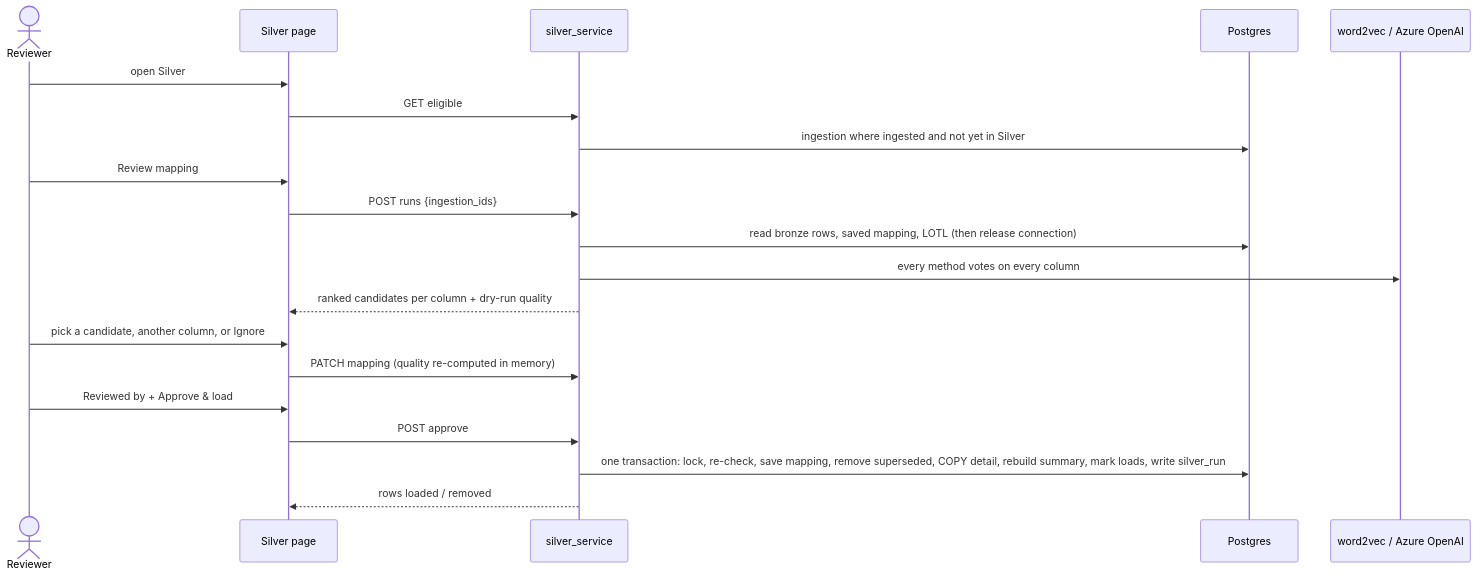
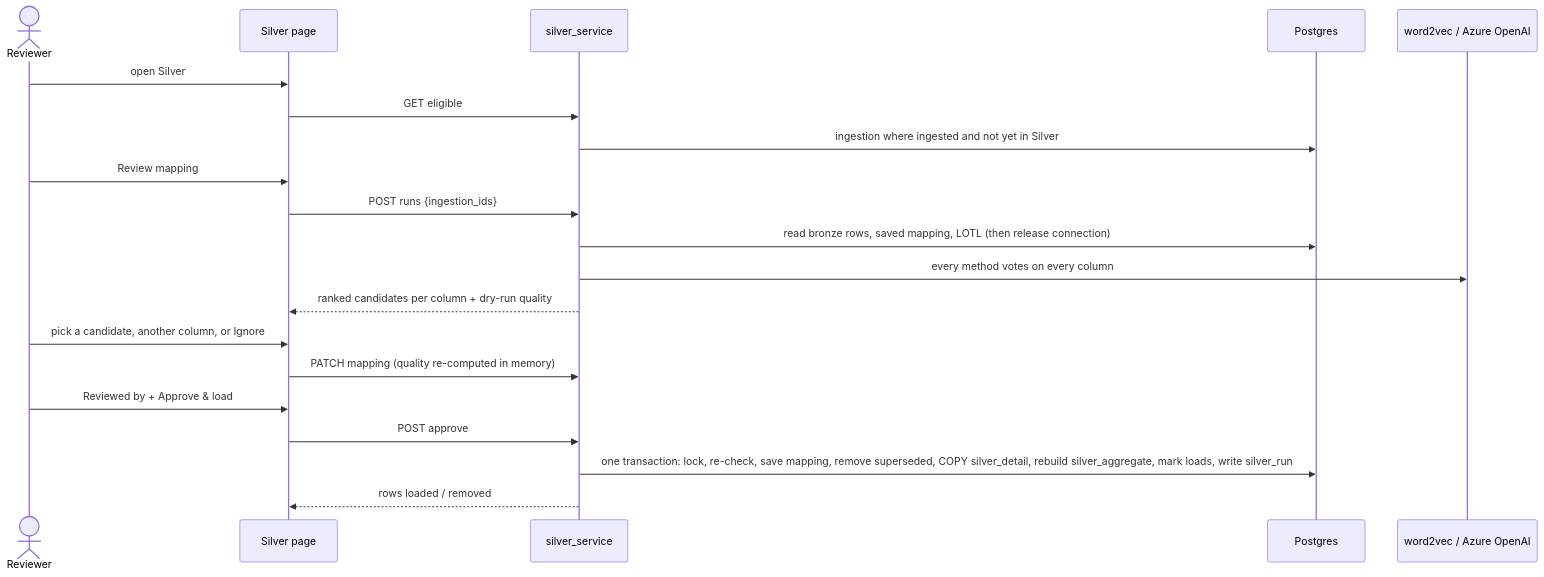
The second of 2 diagrams in enhancements/BRONZE_TO_SILVER.md (rahul-neogi-exavalu/Dirty_excel_cleaner), drawn with Mermaid before and after one commit. The commit also changed other lines of this file and 44 other files, not shown here.

Commit message:
schema related changes ongoing

````diff
--- a/enhancements/BRONZE_TO_SILVER.md
+++ b/enhancements/BRONZE_TO_SILVER.md
@@ -167,22 +169,22 @@
 ```mermaid
 sequenceDiagram
     actor Reviewer
     participant UI as Silver page
     participant S as silver_service
     participant DB as Postgres
     participant AI as word2vec / Azure OpenAI
     Reviewer->>UI: open Silver
     UI->>S: GET eligible
     S->>DB: ingestion where ingested and not yet in Silver
     Reviewer->>UI: Review mapping
     UI->>S: POST runs {ingestion_ids}
     S->>DB: read bronze rows, saved mapping, LOTL (then release connection)
     S->>AI: every method votes on every column
     S-->>UI: ranked candidates per column + dry-run quality
     Reviewer->>UI: pick a candidate, another column, or Ignore
     UI->>S: PATCH mapping (quality re-computed in memory)
     Reviewer->>UI: Reviewed by + Approve & load
     UI->>S: POST approve
-    S->>DB: one transaction: lock, re-check, save mapping, remove superseded, COPY detail, rebuild summary, mark loads, write silver_run
+    S->>DB: one transaction: lock, re-check, save mapping, remove superseded, COPY silver_detail, rebuild silver_aggregate, mark loads, write silver_run
     S-->>UI: rows loaded / removed
 ```
````
